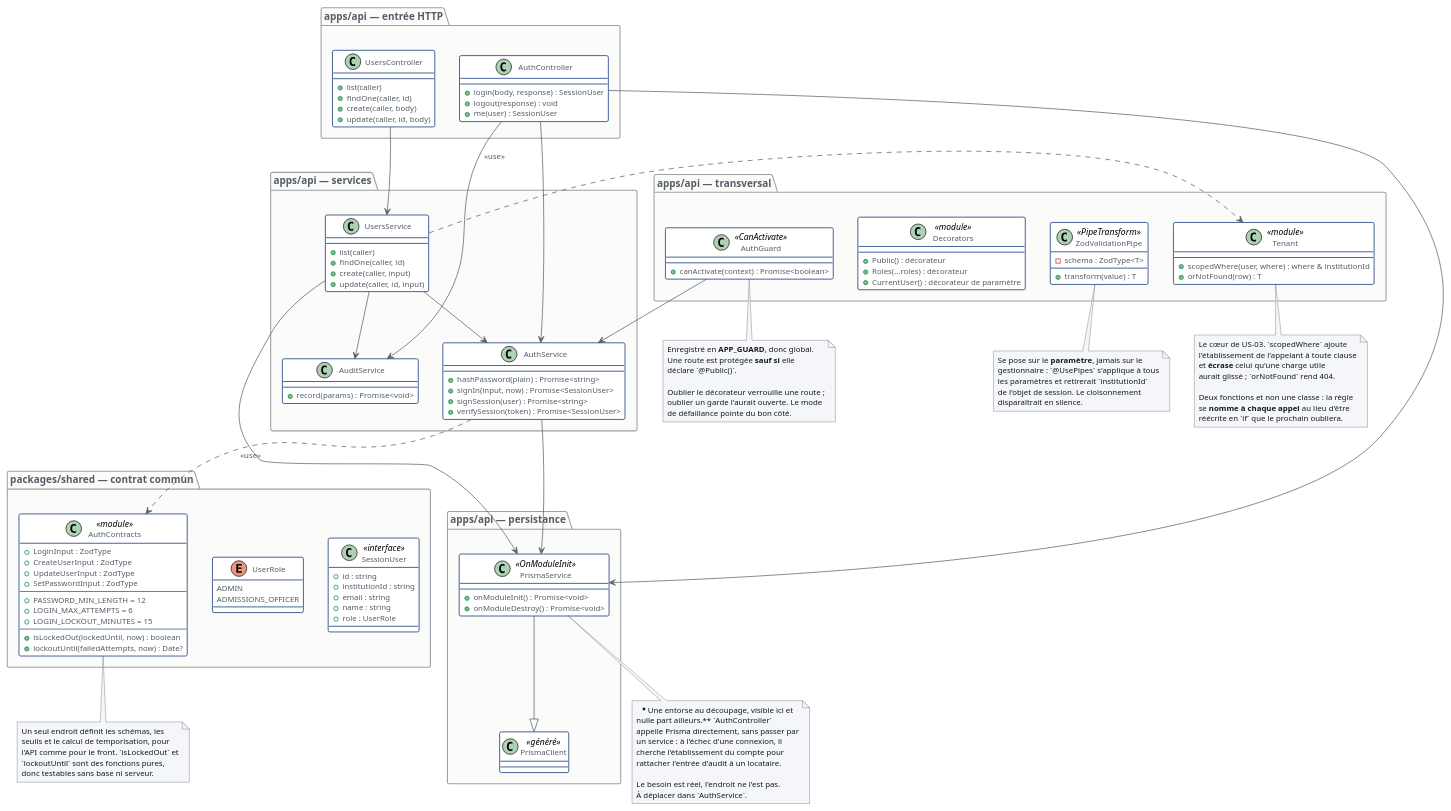
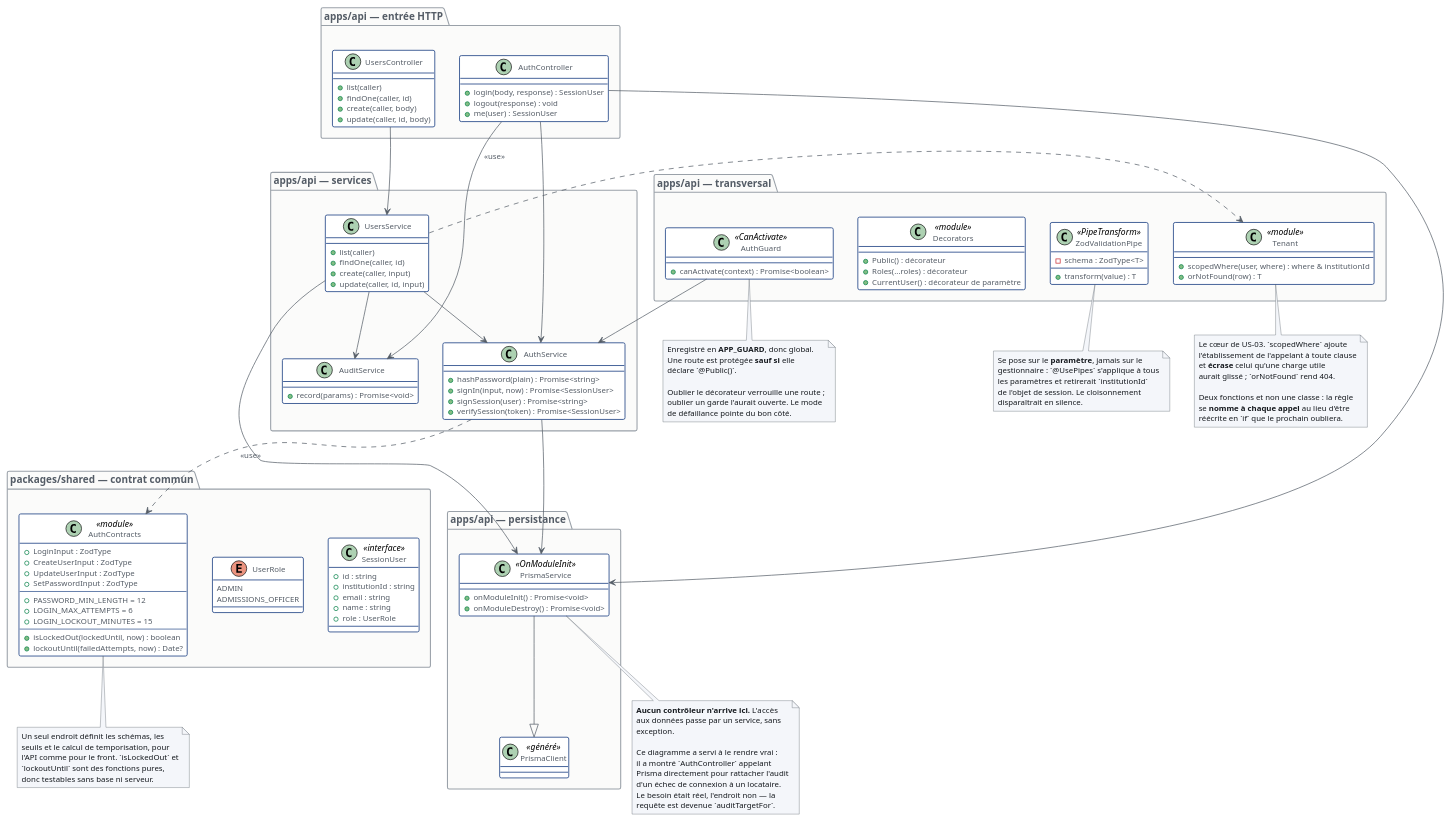
The diagram in docs/conception/diagramme-classes.puml (XamTV/Probo), drawn with PlantUML before and after one commit.

Commit message:
docs(conception): the class diagram records a clean layering
The note on PrismaService described AuthController reaching into it
directly. That is no longer true: the lookup moved into
AuthService.auditTargetFor on refactor/auth-sans-acces-direct, so the
note now states the rule it helped enforce — no controller touches the
database — and keeps the story of how it got there.

Merge order matters: this one lands after the refactor, or the diagram
claims a layering main does not yet have.

```diff
--- a/docs/conception/diagramme-classes.puml
+++ b/docs/conception/diagramme-classes.puml
@@ -191,15 +191,16 @@
 end note
 
 note bottom of PrismaService
-  **Une entorse au découpage, visible ici et
-  nulle part ailleurs.** `AuthController`
-  appelle Prisma directement, sans passer par
-  un service : à l'échec d'une connexion, il
-  cherche l'établissement du compte pour
-  rattacher l'entrée d'audit à un locataire.
+  **Aucun contrôleur n'arrive ici.** L'accès
+  aux données passe par un service, sans
+  exception.
 
-  Le besoin est réel, l'endroit ne l'est pas.
-  À déplacer dans `AuthService`.
+  Ce diagramme a servi à le rendre vrai :
+  il a montré `AuthController` appelant
+  Prisma directement pour rattacher l'audit
+  d'un échec de connexion à un locataire.
+  Le besoin était réel, l'endroit non — la
+  requête est devenue `auditTargetFor`.
 end note
 
 note bottom of AuthContracts
```
